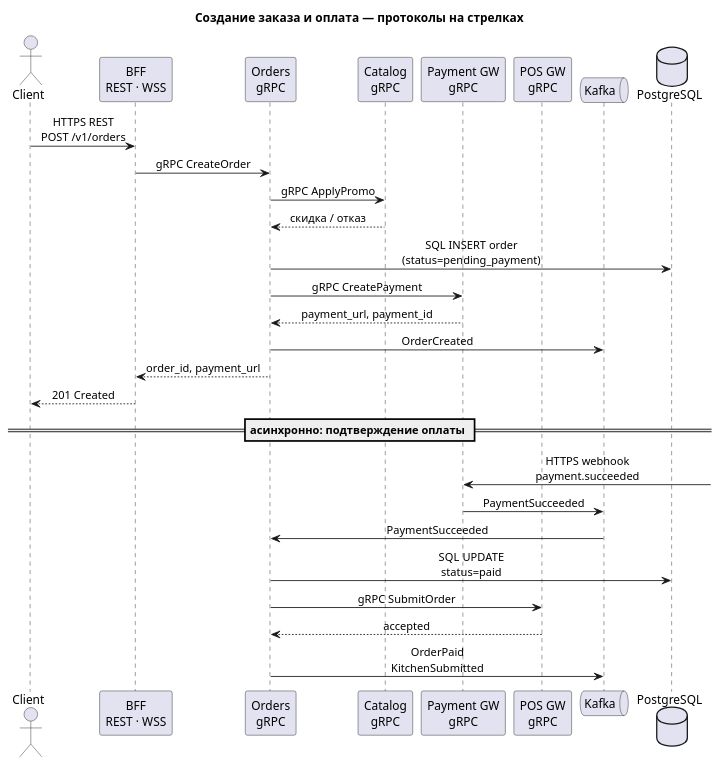
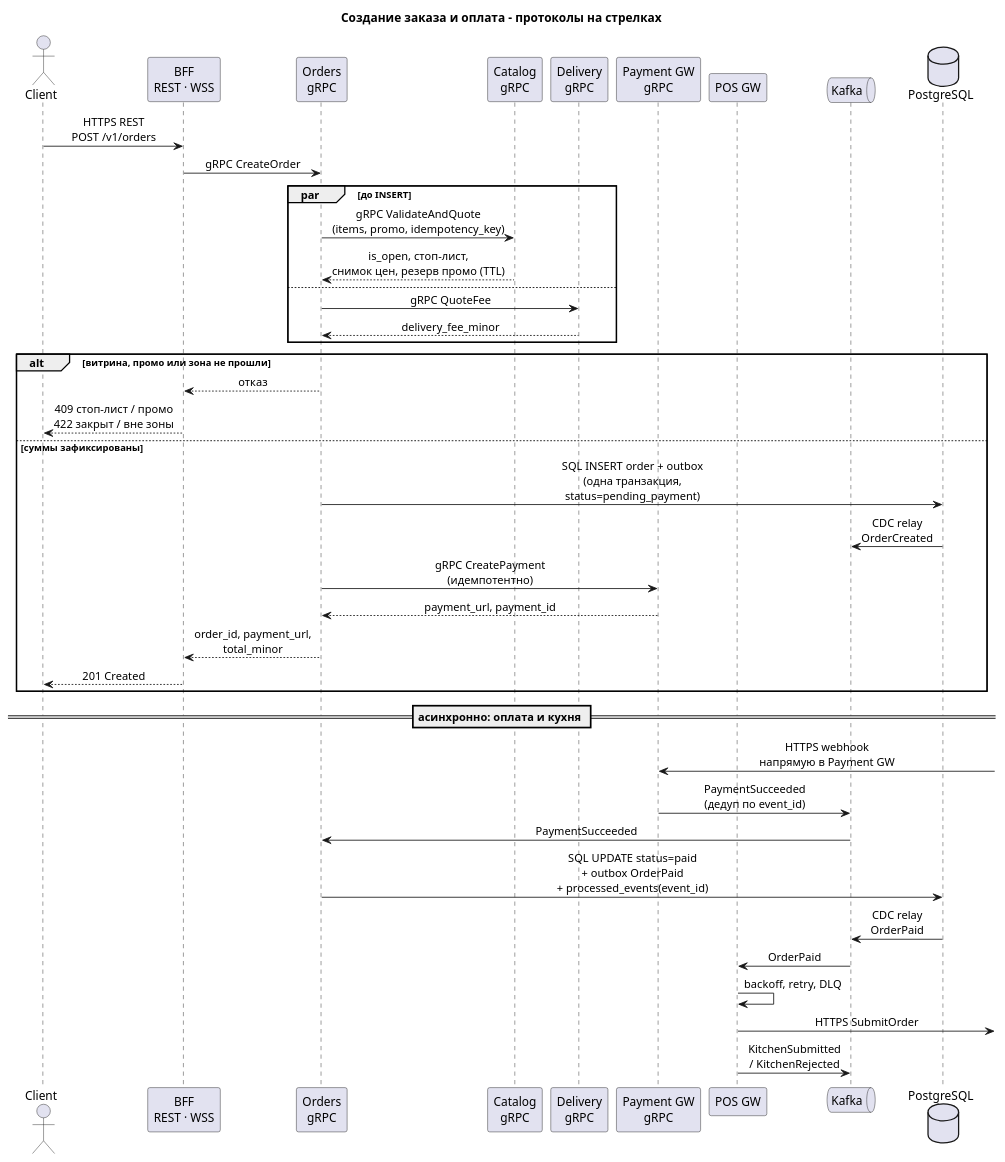
Before and after one commit to Gomozov/otus-systemdesign-homework: the diagram in hw_02/solution/diagrams/sequence-create-order.puml, drawn with PlantUML. The commit also changed 5 other files, not shown here.

```diff
--- a/hw_02/solution/diagrams/sequence-create-order.puml
+++ b/hw_02/solution/diagrams/sequence-create-order.puml
@@ -1,35 +1,50 @@
 @startuml sequence-create-order
-title Создание заказа и оплата — протоколы на стрелках
+title Создание заказа и оплата - протоколы на стрелках
 skinparam sequenceMessageAlign center
 skinparam responseMessageBelowArrow true
 
 actor Client as C
 participant "BFF\nREST · WSS" as BFF
 participant "Orders\ngRPC" as ORD
 participant "Catalog\ngRPC" as CAT
+participant "Delivery\ngRPC" as DEL
 participant "Payment GW\ngRPC" as PAY
-participant "POS GW\ngRPC" as POS
+participant "POS GW" as POS
 queue "Kafka" as KF
 database "PostgreSQL" as PG
 
 C -> BFF: HTTPS REST\nPOST /v1/orders
 BFF -> ORD: gRPC CreateOrder
-ORD -> CAT: gRPC ApplyPromo
-CAT --> ORD: скидка / отказ
-ORD -> PG: SQL INSERT order\n(status=pending_payment)
-ORD -> PAY: gRPC CreatePayment
-PAY --> ORD: payment_url, payment_id
-ORD -> KF: OrderCreated
-ORD --> BFF: order_id, payment_url
-BFF --> C: 201 Created
 
-== асинхронно: подтверждение оплаты ==
-PAY <-] : HTTPS webhook\npayment.succeeded
-PAY -> KF: PaymentSucceeded
+par до INSERT
+  ORD -> CAT: gRPC ValidateAndQuote\n(items, promo, idempotency_key)
+  CAT --> ORD: is_open, стоп-лист,\nснимок цен, резерв промо (TTL)
+else
+  ORD -> DEL: gRPC QuoteFee
+  DEL --> ORD: delivery_fee_minor
+end
+
+alt витрина, промо или зона не прошли
+  ORD --> BFF: отказ
+  BFF --> C: 409 стоп-лист / промо\n422 закрыт / вне зоны
+else суммы зафиксированы
+  ORD -> PG: SQL INSERT order + outbox\n(одна транзакция,\nstatus=pending_payment)
+  PG -> KF: CDC relay\nOrderCreated
+  ORD -> PAY: gRPC CreatePayment\n(идемпотентно)
+  PAY --> ORD: payment_url, payment_id
+  ORD --> BFF: order_id, payment_url,\ntotal_minor
+  BFF --> C: 201 Created
+end
+
+== асинхронно: оплата и кухня ==
+PAY <-] : HTTPS webhook\nнапрямую в Payment GW
+PAY -> KF: PaymentSucceeded\n(дедуп по event_id)
 KF -> ORD: PaymentSucceeded
-ORD -> PG: SQL UPDATE\nstatus=paid
-ORD -> POS: gRPC SubmitOrder
-POS --> ORD: accepted
-ORD -> KF: OrderPaid\nKitchenSubmitted
+ORD -> PG: SQL UPDATE status=paid\n+ outbox OrderPaid\n+ processed_events(event_id)
+PG -> KF: CDC relay\nOrderPaid
+KF -> POS: OrderPaid
+POS -> POS: backoff, retry, DLQ
+POS ->] : HTTPS SubmitOrder
+POS -> KF: KitchenSubmitted\n/ KitchenRejected
 
 @enduml
```
